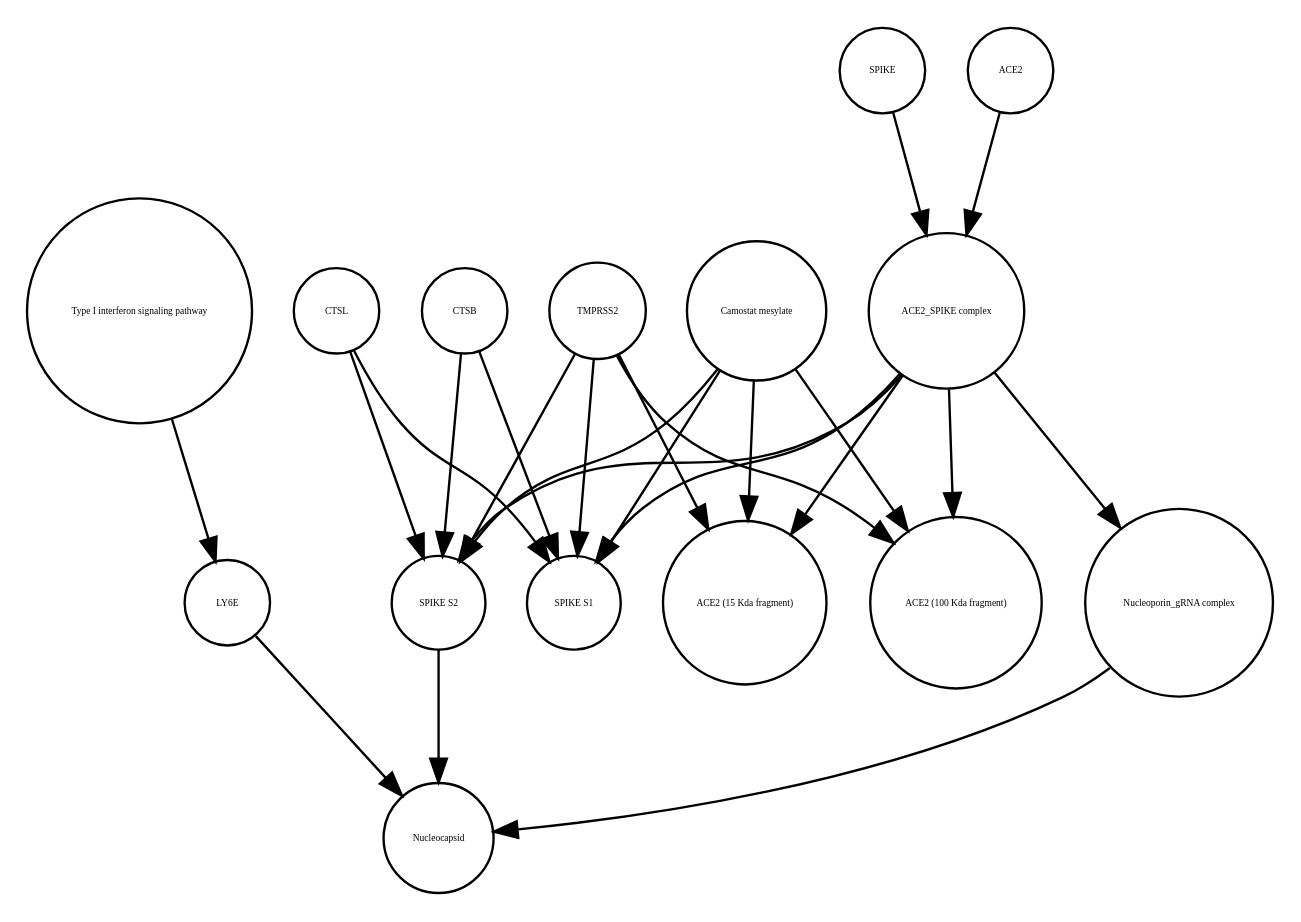
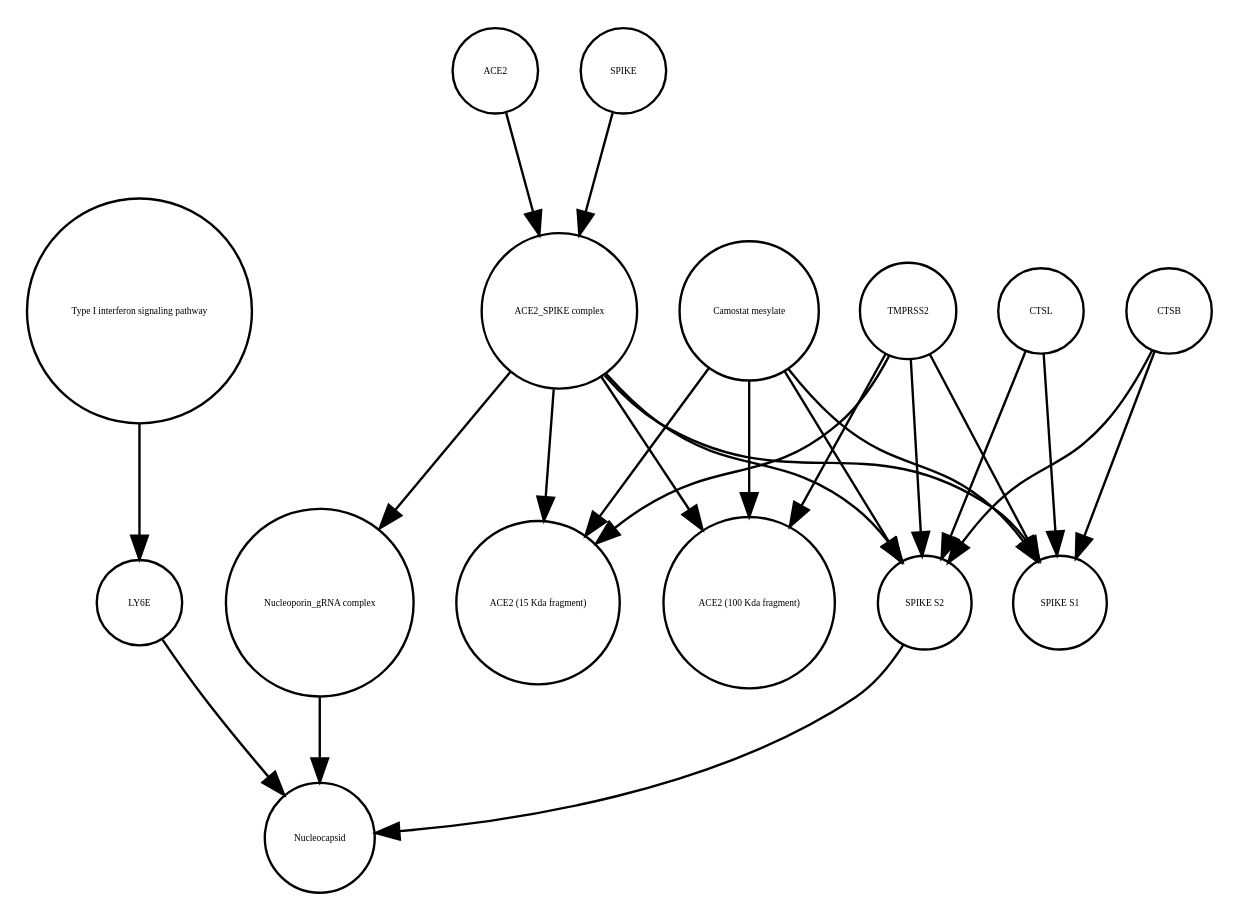
The diagram in Virus_replication_cycle_V02.xml_projected.dot (cannin/covid19-sbgn), drawn with Graphviz before and after one commit. The commit also changed other lines of this file and 613 other files, not shown here.

```diff
--- a/Virus_replication_cycle_V02.xml_projected.dot
+++ b/Virus_replication_cycle_V02.xml_projected.dot
@@ -1,40 +1,40 @@
 strict digraph  {
 "Type I interferon signaling pathway" [annotation="", bipartite=0, cls=phenotype, fontsize=4, label="Type I interferon signaling pathway", shape=circle];
 LY6E [annotation="", bipartite=0, cls=macromolecule, fontsize=4, label=LY6E, shape=circle];
+"ACE2 (15 Kda fragment)" [annotation="", bipartite=0, cls=macromolecule, fontsize=4, label="ACE2 (15 Kda fragment)", shape=circle];
+"Nucleoporin_gRNA complex " [annotation="", bipartite=0, cls=complex, fontsize=4, label="Nucleoporin_gRNA complex ", shape=circle];
+CTSL [annotation="", bipartite=0, cls=macromolecule, fontsize=4, label=CTSL, shape=circle];
+ACE2 [annotation="", bipartite=0, cls=macromolecule, fontsize=4, label=ACE2, shape=circle];
+Nucleocapsid [annotation="", bipartite=0, cls=complex, fontsize=4, label=Nucleocapsid, shape=circle];
+"Camostat mesylate" [annotation="urn_miriam_pubchem.compound_2536", bipartite=0, cls="simple chemical", fontsize=4, label="Camostat mesylate", shape=circle];
+TMPRSS2 [annotation="", bipartite=0, cls=macromolecule, fontsize=4, label=TMPRSS2, shape=circle];
+"ACE2 (100 Kda fragment)" [annotation="", bipartite=0, cls=macromolecule, fontsize=4, label="ACE2 (100 Kda fragment)", shape=circle];
 "ACE2_SPIKE complex" [annotation="", bipartite=0, cls=complex, fontsize=4, label="ACE2_SPIKE complex", shape=circle];
+"SPIKE S1" [annotation="", bipartite=0, cls=macromolecule, fontsize=4, label="SPIKE S1", shape=circle];
+CTSB [annotation="", bipartite=0, cls=macromolecule, fontsize=4, label=CTSB, shape=circle];
+"SPIKE S2" [annotation="", bipartite=0, cls=macromolecule, fontsize=4, label="SPIKE S2", shape=circle];
 SPIKE [annotation="", bipartite=0, cls="macromolecule multimer", fontsize=4, label=SPIKE, shape=circle];
-Nucleocapsid [annotation="", bipartite=0, cls=complex, fontsize=4, label=Nucleocapsid, shape=circle];
-"SPIKE S2" [annotation="", bipartite=0, cls=macromolecule, fontsize=4, label="SPIKE S2", shape=circle];
-ACE2 [annotation="", bipartite=0, cls=macromolecule, fontsize=4, label=ACE2, shape=circle];
-TMPRSS2 [annotation="", bipartite=0, cls=macromolecule, fontsize=4, label=TMPRSS2, shape=circle];
-CTSB [annotation="", bipartite=0, cls=macromolecule, fontsize=4, label=CTSB, shape=circle];
-"ACE2 (15 Kda fragment)" [annotation="", bipartite=0, cls=macromolecule, fontsize=4, label="ACE2 (15 Kda fragment)", shape=circle];
-CTSL [annotation="", bipartite=0, cls=macromolecule, fontsize=4, label=CTSL, shape=circle];
-"Camostat mesylate" [annotation="urn_miriam_pubchem.compound_2536", bipartite=0, cls="simple chemical", fontsize=4, label="Camostat mesylate", shape=circle];
-"Nucleoporin_gRNA complex " [annotation="", bipartite=0, cls=complex, fontsize=4, label="Nucleoporin_gRNA complex ", shape=circle];
-"SPIKE S1" [annotation="", bipartite=0, cls=macromolecule, fontsize=4, label="SPIKE S1", shape=circle];
-"ACE2 (100 Kda fragment)" [annotation="", bipartite=0, cls=macromolecule, fontsize=4, label="ACE2 (100 Kda fragment)", shape=circle];
 "Type I interferon signaling pathway" -> LY6E  [annotation="", interaction_type=stimulation];
 LY6E -> Nucleocapsid  [annotation="urn_miriam_doi_10.1101%2F2020.03.05.979260|urn_miriam_doi_10.1101%2F2020.04.02.021469", interaction_type=inhibition];
+"Nucleoporin_gRNA complex " -> Nucleocapsid  [annotation="", interaction_type=production];
+CTSL -> "SPIKE S1"  [annotation=urn_miriam_pubmed_32142651, interaction_type=catalysis];
+CTSL -> "SPIKE S2"  [annotation=urn_miriam_pubmed_32142651, interaction_type=catalysis];
+ACE2 -> "ACE2_SPIKE complex"  [annotation="", interaction_type=production];
+"Camostat mesylate" -> "ACE2 (15 Kda fragment)"  [annotation="urn_miriam_pubmed_32142651|urn_miriam_pubmed_32094589|urn_miriam_pubmed_24227843", interaction_type=inhibition];
+"Camostat mesylate" -> "ACE2 (100 Kda fragment)"  [annotation="urn_miriam_pubmed_32142651|urn_miriam_pubmed_32094589|urn_miriam_pubmed_24227843", interaction_type=inhibition];
+"Camostat mesylate" -> "SPIKE S1"  [annotation="urn_miriam_pubmed_32142651|urn_miriam_pubmed_32094589|urn_miriam_pubmed_24227843", interaction_type=inhibition];
+"Camostat mesylate" -> "SPIKE S2"  [annotation="urn_miriam_pubmed_32142651|urn_miriam_pubmed_32094589|urn_miriam_pubmed_24227843", interaction_type=inhibition];
+TMPRSS2 -> "ACE2 (15 Kda fragment)"  [annotation="urn_miriam_pubmed_32142651|urn_miriam_pubmed_32094589|urn_miriam_pubmed_24227843", interaction_type=catalysis];
+TMPRSS2 -> "ACE2 (100 Kda fragment)"  [annotation="urn_miriam_pubmed_32142651|urn_miriam_pubmed_32094589|urn_miriam_pubmed_24227843", interaction_type=catalysis];
+TMPRSS2 -> "SPIKE S1"  [annotation="urn_miriam_pubmed_32142651|urn_miriam_pubmed_32094589|urn_miriam_pubmed_24227843", interaction_type=catalysis];
+TMPRSS2 -> "SPIKE S2"  [annotation="urn_miriam_pubmed_32142651|urn_miriam_pubmed_32094589|urn_miriam_pubmed_24227843", interaction_type=catalysis];
+"ACE2_SPIKE complex" -> "Nucleoporin_gRNA complex "  [annotation="urn_miriam_pubmed_32142651|urn_miriam_pubmed_32094589", interaction_type=stimulation];
+"ACE2_SPIKE complex" -> "SPIKE S1"  [annotation="", interaction_type=production];
 "ACE2_SPIKE complex" -> "SPIKE S2"  [annotation="", interaction_type=production];
-"ACE2_SPIKE complex" -> "SPIKE S1"  [annotation="", interaction_type=production];
 "ACE2_SPIKE complex" -> "ACE2 (15 Kda fragment)"  [annotation="", interaction_type=production];
 "ACE2_SPIKE complex" -> "ACE2 (100 Kda fragment)"  [annotation="", interaction_type=production];
-"ACE2_SPIKE complex" -> "Nucleoporin_gRNA complex "  [annotation="urn_miriam_pubmed_32142651|urn_miriam_pubmed_32094589", interaction_type=stimulation];
+CTSB -> "SPIKE S1"  [annotation=urn_miriam_pubmed_32142651, interaction_type=catalysis];
+CTSB -> "SPIKE S2"  [annotation=urn_miriam_pubmed_32142651, interaction_type=catalysis];
+"SPIKE S2" -> Nucleocapsid  [annotation="", interaction_type=stimulation];
 SPIKE -> "ACE2_SPIKE complex"  [annotation="", interaction_type=production];
-"SPIKE S2" -> Nucleocapsid  [annotation="", interaction_type=stimulation];
-ACE2 -> "ACE2_SPIKE complex"  [annotation="", interaction_type=production];
-TMPRSS2 -> "SPIKE S2"  [annotation="urn_miriam_pubmed_32142651|urn_miriam_pubmed_32094589|urn_miriam_pubmed_24227843", interaction_type=catalysis];
-TMPRSS2 -> "ACE2 (15 Kda fragment)"  [annotation="urn_miriam_pubmed_32142651|urn_miriam_pubmed_32094589|urn_miriam_pubmed_24227843", interaction_type=catalysis];
-TMPRSS2 -> "SPIKE S1"  [annotation="urn_miriam_pubmed_32142651|urn_miriam_pubmed_32094589|urn_miriam_pubmed_24227843", interaction_type=catalysis];
-TMPRSS2 -> "ACE2 (100 Kda fragment)"  [annotation="urn_miriam_pubmed_32142651|urn_miriam_pubmed_32094589|urn_miriam_pubmed_24227843", interaction_type=catalysis];
-CTSB -> "SPIKE S2"  [annotation=urn_miriam_pubmed_32142651, interaction_type=catalysis];
-CTSB -> "SPIKE S1"  [annotation=urn_miriam_pubmed_32142651, interaction_type=catalysis];
-CTSL -> "SPIKE S2"  [annotation=urn_miriam_pubmed_32142651, interaction_type=catalysis];
-CTSL -> "SPIKE S1"  [annotation=urn_miriam_pubmed_32142651, interaction_type=catalysis];
-"Camostat mesylate" -> "SPIKE S2"  [annotation="urn_miriam_pubmed_32142651|urn_miriam_pubmed_32094589|urn_miriam_pubmed_24227843", interaction_type=inhibition];
-"Camostat mesylate" -> "ACE2 (15 Kda fragment)"  [annotation="urn_miriam_pubmed_32142651|urn_miriam_pubmed_32094589|urn_miriam_pubmed_24227843", interaction_type=inhibition];
-"Camostat mesylate" -> "SPIKE S1"  [annotation="urn_miriam_pubmed_32142651|urn_miriam_pubmed_32094589|urn_miriam_pubmed_24227843", interaction_type=inhibition];
-"Camostat mesylate" -> "ACE2 (100 Kda fragment)"  [annotation="urn_miriam_pubmed_32142651|urn_miriam_pubmed_32094589|urn_miriam_pubmed_24227843", interaction_type=inhibition];
-"Nucleoporin_gRNA complex " -> Nucleocapsid  [annotation="", interaction_type=production];
 }
```
